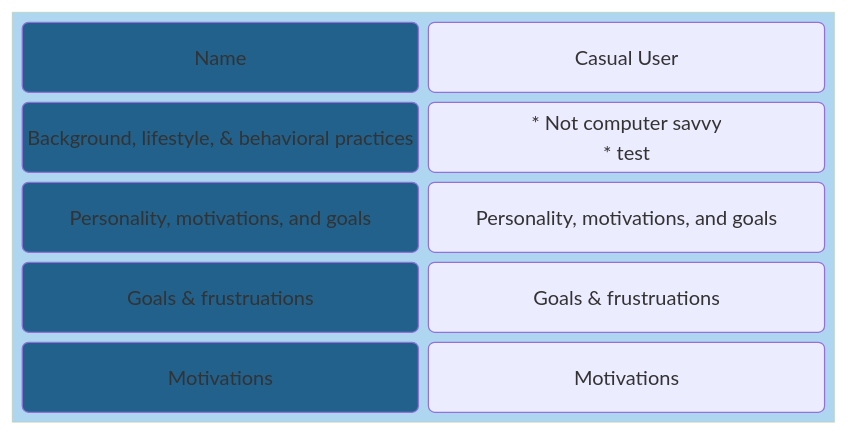
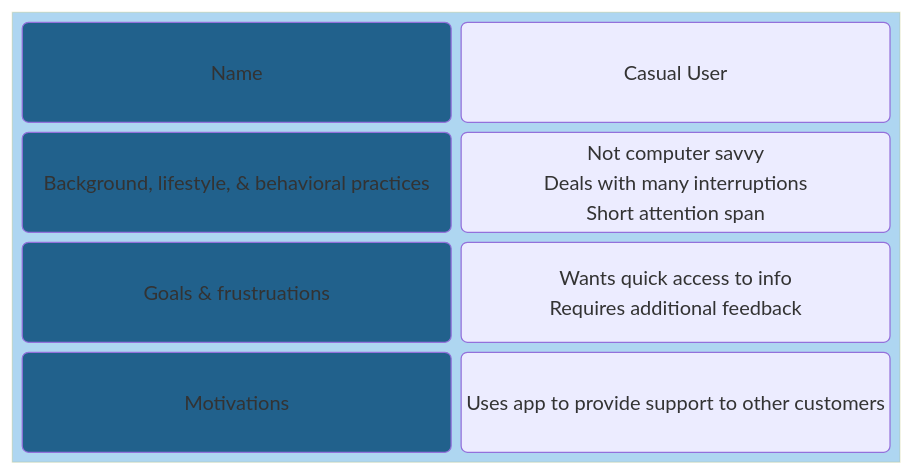
The second of 2 diagrams in docs/resources/techresources/uiux.md (chingu-voyages/Handbook), drawn with Mermaid before and after one commit.

Commit message:
Feature: Add persona template

````diff
--- a/docs/resources/techresources/uiux.md
+++ b/docs/resources/techresources/uiux.md
@@ -92,23 +92,20 @@
 ```mermaid
 block-beta
   columns 1
   block:TEMPLATE
     columns 2
     NAME("Name")
     VNAME("Casual User")
     DEMOGRAPHICS("Background, lifestyle, & behavioral practices")
-    VDEMOGRAPHICS("* Not computer savvy</br>* test")
-    ARCHETYPES("Personality, motivations, and goals")
-    VARCHETYPES("Personality, motivations, and goals")
+    VDEMOGRAPHICS("Not computer savvy</br>Deals with many interruptions</br>Short attention span")
     GOALS("Goals & frustruations")
-    VGOALS("Goals & frustruations")
+    VGOALS("Wants quick access to info</br>Requires additional feedback")
     MOTIVATIONS("Motivations")
-    VMOTIVATIONS("Motivations")
+    VMOTIVATIONS("Uses app to provide support to other customers")
   end
   style TEMPLATE fill:#aed6f1
   style NAME fill:#21618c
   style DEMOGRAPHICS fill:#21618c
-  style ARCHETYPES fill:#21618c
   style GOALS fill:#21618c
   style MOTIVATIONS fill:#21618c
 ```
````
